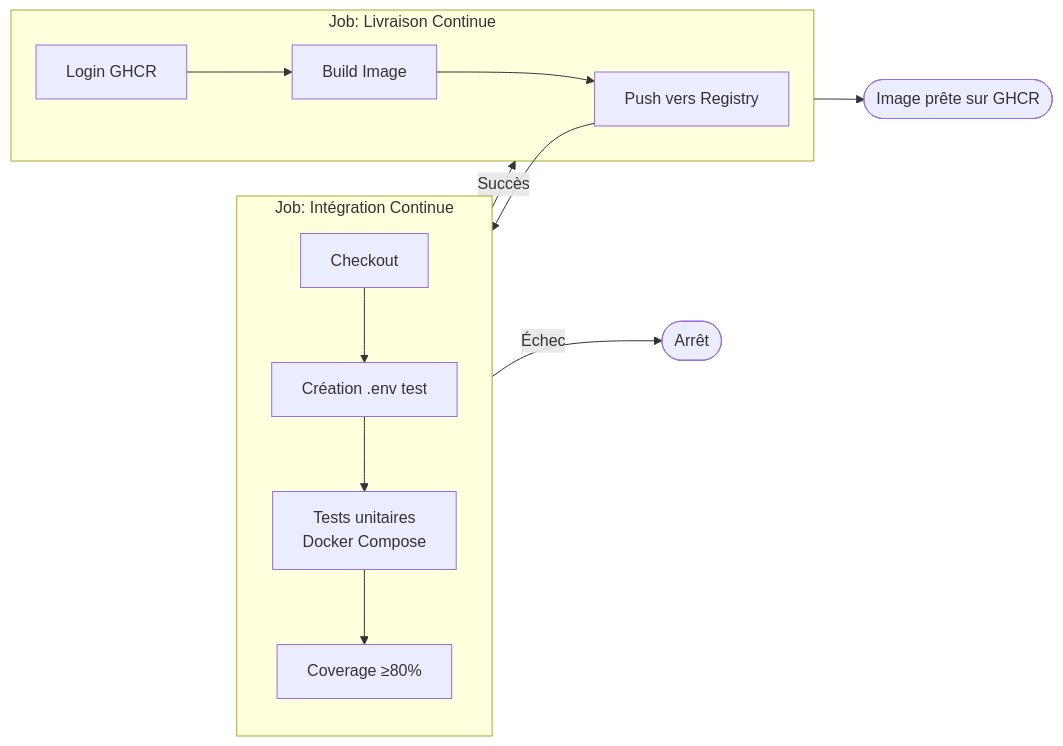
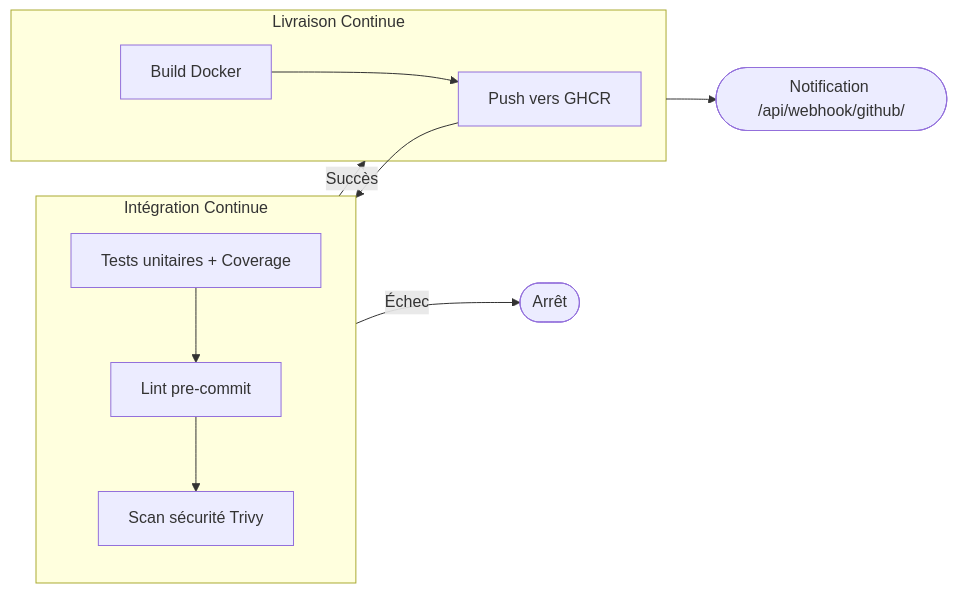
The diagram in README.md (Alphamanjaka/DEVOPS), drawn with Mermaid before and after one commit. The commit also changed other lines of this file, not shown here.

````diff
--- a/README.md
+++ b/README.md
@@ -96,20 +37,18 @@
 ```mermaid
 flowchart LR
-    Push([Push sur main]) --> CI
+    Push([Push sur main/develop]) --> CI
 
-    subgraph CI [Job: Intégration Continue]
-        Checkout[Checkout] --> Env[Création .env test]
-        Env --> Test[Tests unitaires<br> Docker Compose]
-        Test --> Cov[Coverage ≥80%]
+    subgraph CI [Intégration Continue]
+        direction TB
+        T[Tests unitaires + Coverage] --> L[Lint pre-commit] --> S[Scan sécurité Trivy]
     end
 
     CI -- Succès --> CD
     CI -- Échec --> Fail([Arrêt])
 
-    subgraph CD [Job: Livraison Continue]
-        Login[Login GHCR] --> Build[Build Image]
-        Build --> Push[Push vers Registry]
+    subgraph CD [Livraison Continue]
+        Build[Build Docker] --> Push[Push vers GHCR]
     end
 
-    CD --> Success([Image prête sur GHCR])
+    CD --> Webhook([Notification /api/webhook/github/])
 ```
````
